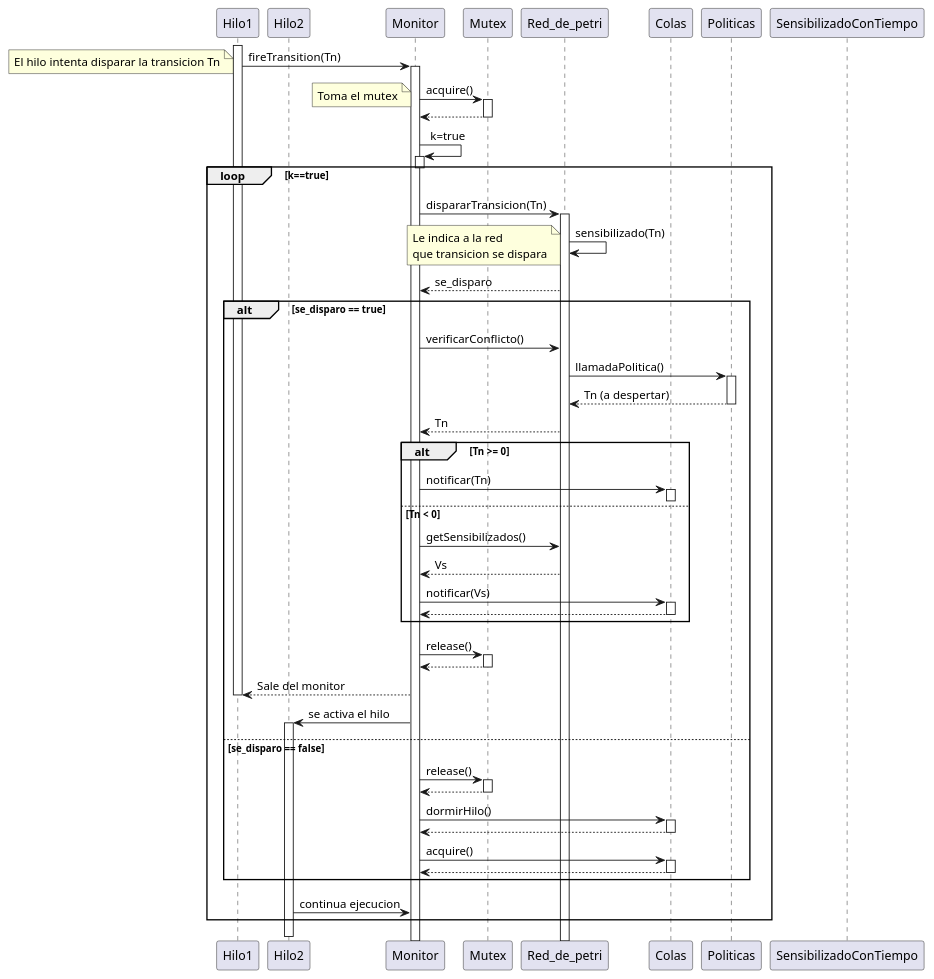
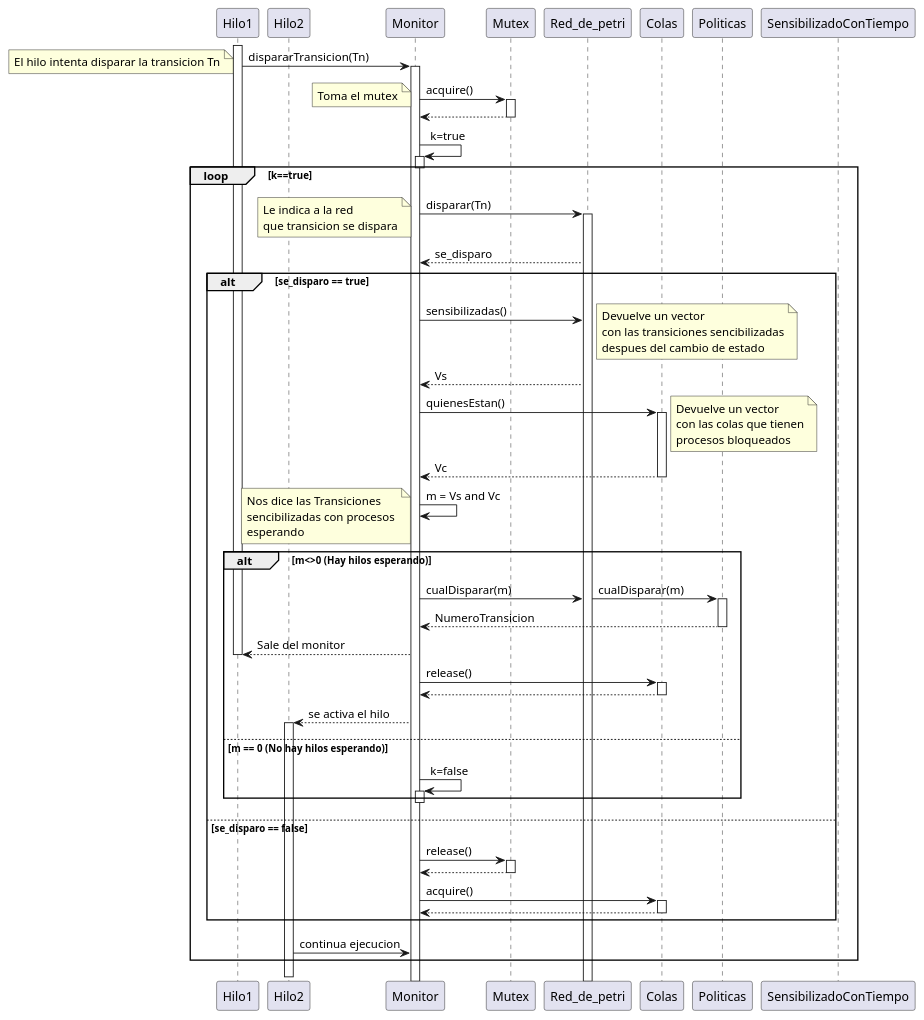
Before and after one commit to JosiasTomasnanez/flightAgencyAttendanceMonitor: the diagram in doc/diagrama_sec.puml, drawn with PlantUML. The commit also changed 4 other files, not shown here.

Commit message:
Cambia informe y diagramas

```diff
--- a/doc/diagrama_sec.puml
+++ b/doc/diagrama_sec.puml
@@ -1,136 +1,97 @@
 @startuml secuencia
 !pragma teoz true
 ' Definicion de participantes
 participant Hilo1
 participant Hilo2
 participant Monitor
 participant Mutex
 participant Red_de_petri
 participant Colas 
 participant Politicas
 participant SensibilizadoConTiempo
 
 ' Secuencia
 '' El hilo intenta disparar una Transicion
 activate Hilo1
-Hilo1 -> Monitor : fireTransition(Tn)
+Hilo1 -> Monitor : dispararTransicion(Tn)
 note left: El hilo intenta disparar la transicion Tn
 activate Monitor
 
 '' El monitor toma el mutex
 Monitor -> Mutex : acquire()
 note left: Toma el mutex
 activate Mutex
 Mutex --> Monitor
 deactivate Mutex
 
 Monitor -> Monitor : k=true
 activate Monitor
 deactivate Monitor
 
 loop k==true
-    Monitor -> Red_de_petri : dispararTransicion(Tn)
-    activate Red_de_petri
-    Red_de_petri -> Red_de_petri : sensibilizado(Tn)
+    Monitor -> Red_de_petri : disparar(Tn)
     note left 
     Le indica a la red 
     que transicion se dispara
     end note
-    ''activate Red_de_petri
+    activate Red_de_petri
     Red_de_petri --> Monitor : se_disparo
     alt se_disparo == true
-        Monitor -> Red_de_petri : verificarConflicto()
-        Red_de_petri -> Politicas : llamadaPolitica()
-        activate Politicas
-        Politicas --> Red_de_petri : Tn (a despertar)
-        deactivate Politicas
-        Red_de_petri --> Monitor : Tn
-        
-        alt Tn >= 0
-            Monitor -> Colas : notificar(Tn)
-            activate Colas
-            deactivate Colas
-        else Tn < 0
-          Monitor -> Red_de_petri : getSensibilizados()
-          Red_de_petri --> Monitor : Vs
-            Monitor -> Colas : notificar(Vs)
-            activate Colas
-            Colas --> Monitor
-            deactivate Colas  
-        end 
-        Monitor -> Mutex : release()
-        activate Mutex
-        Mutex --> Monitor
-        deactivate Mutex
-        Monitor --> Hilo1 : Sale del monitor
-        deactivate Hilo1
-        Monitor -> Hilo2 : se activa el hilo
-        activate Hilo2
-        /'Monitor -> Red_de_petri : getSensibilizados()
+        Monitor -> Red_de_petri : sensibilizadas()
         note right
         Devuelve un vector
         con las transiciones sencibilizadas
         despues del cambio de estado
         end note
         Red_de_petri --> Monitor : Vs
-        Monitor -> Colas : notificar(Vs)
-        activate Colas
-        Colas --> Monitor
-        deactivate Colas
-        /'
         Monitor -> Colas : quienesEstan()
         activate Colas
         note right
         Devuelve un vector
         con las colas que tienen
         procesos bloqueados
         end note
         Colas --> Monitor : Vc
         deactivate Colas
         Monitor -> Monitor : m = Vs and Vc
         note left 
         Nos dice las Transiciones 
         sencibilizadas con procesos 
         esperando
         end note
         alt m<>0 (Hay hilos esperando)
             Monitor-> Red_de_petri : cualDisparar(m)
             & Red_de_petri -> Politicas : cualDisparar(m)
             activate Politicas
             Politicas --> Monitor : NumeroTransicion
             deactivate Politicas
             Monitor --> Hilo1 : Sale del monitor
             deactivate Hilo1
             Monitor -> Colas : release()
             activate Colas
             Colas --> Monitor
             deactivate Colas
             Monitor --> Hilo2 : se activa el hilo
             activate Hilo2
         else m == 0 (No hay hilos esperando)
             Monitor -> Monitor : k=false
             activate Monitor
             deactivate Monitor
         end
-        '/
     else se_disparo == false
         Monitor -> Mutex : release()
         activate Mutex
         Mutex --> Monitor
         deactivate Mutex
-        Monitor -> Colas : dormirHilo()
-        activate Colas
-        Colas --> Monitor
-        deactivate Colas
         Monitor-> Colas : acquire()
         activate Colas
         Colas --> Monitor
         deactivate Colas
 
     end
     Hilo2 -> Monitor : continua ejecucion
 end
 deactivate Hilo2
 
 
 @enduml
```
